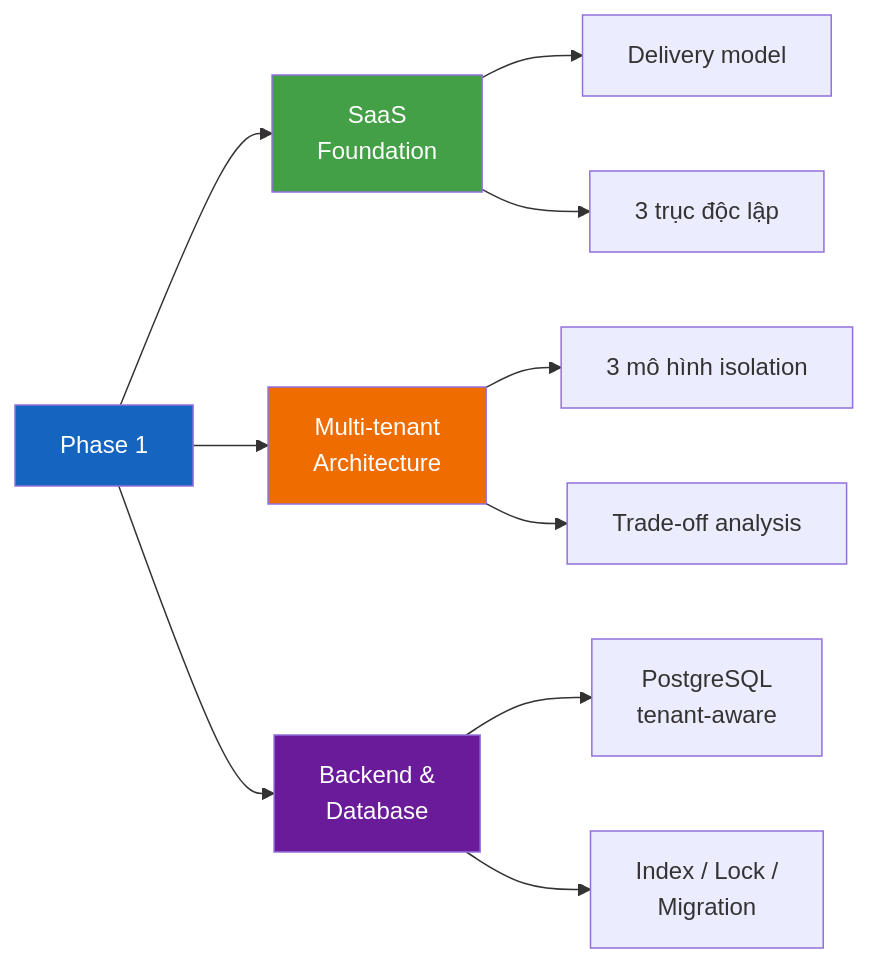
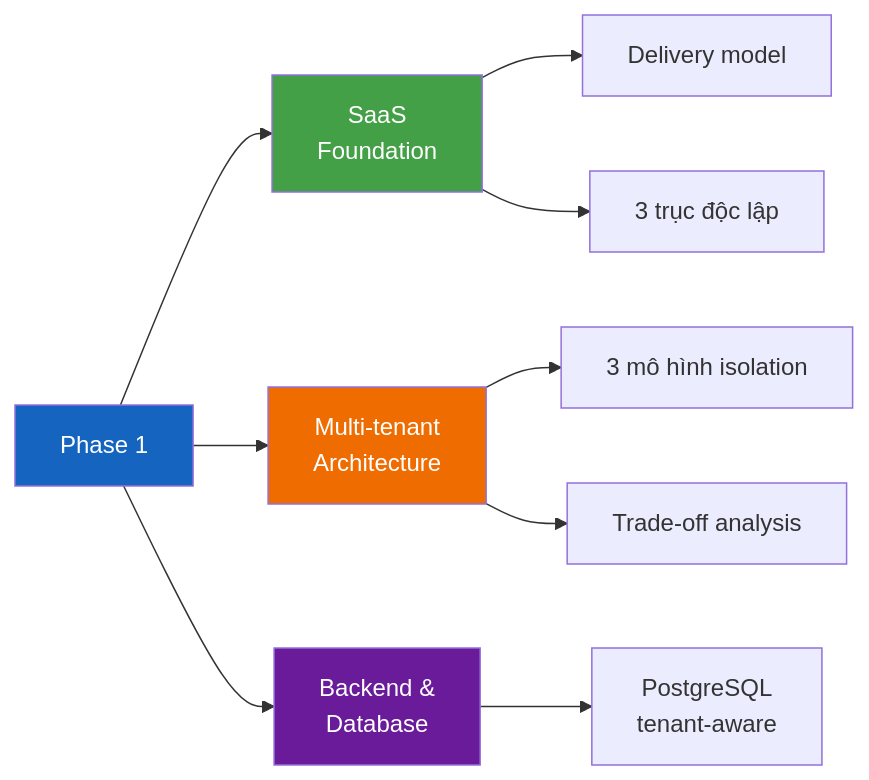
Before and after one commit to quangducnguyen1205/erp-accounting-lab-phase1-viettel: the first of 8 diagrams in presentation-notes/thuyet-trinh-saas-multi-tenant.md, drawn with Mermaid. The commit also changed other lines of this file, not shown here.

````diff
--- a/presentation-notes/thuyet-trinh-saas-multi-tenant.md
+++ b/presentation-notes/thuyet-trinh-saas-multi-tenant.md
@@ -10,20 +10,19 @@
 ```mermaid
 graph LR
     P1["Phase 1"] --> S["SaaS<br/>Foundation"]
     P1 --> M["Multi-tenant<br/>Architecture"]
     P1 --> DB["Backend &<br/>Database"]
 
     S --> S1["Delivery model"]
     S --> S2["3 trục độc lập"]
 
     M --> M1["3 mô hình isolation"]
     M --> M2["Trade-off analysis"]
 
     DB --> DB1["PostgreSQL<br/>tenant-aware"]
-    DB --> DB2["Index / Lock /<br/>Migration"]
 
     style P1 fill:#1565c0,color:white
     style S fill:#43a047,color:white
     style M fill:#ef6c00,color:white
     style DB fill:#6a1b9a,color:white
 ```
````
